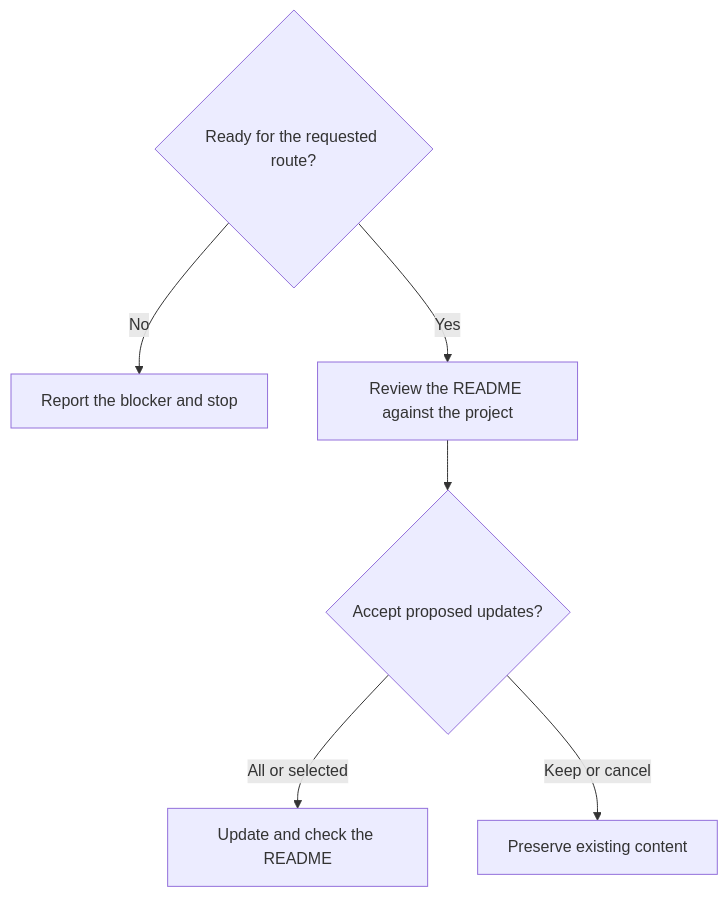
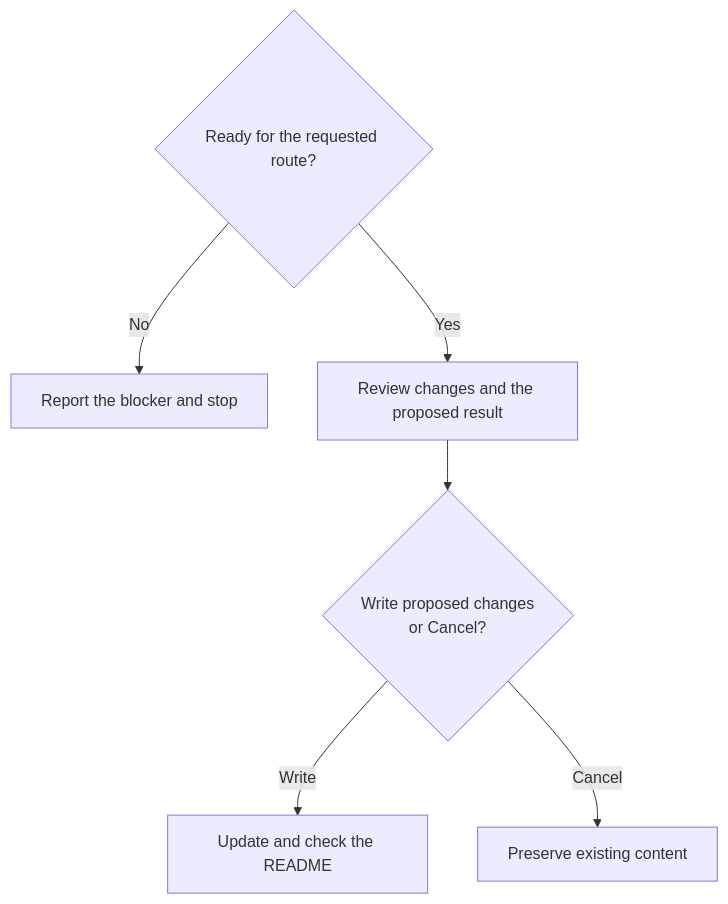
One commit to myowinthein/agent-helm changed the diagram in docs/commands/manifest.md. Above: the diagram before and after it, drawn with Mermaid. The commit also changed other lines of this file and 3 other files, not shown here.

````diff
--- a/docs/commands/manifest.md
+++ b/docs/commands/manifest.md
@@ -17,8 +17,8 @@
 ```mermaid
 flowchart TD
   Gate{"Ready for the requested route?"} -->|No| Stop["Report the blocker and stop"]
   Gate -->|Yes| Review
-  Review["Review the README against the project"] --> Choose{"Accept proposed updates?"}
-  Choose -->|All or selected| Update["Update and check the README"]
-  Choose -->|Keep or cancel| Keep["Preserve existing content"]
+  Review["Review changes and the proposed result"] --> Choose{"Write proposed changes<br/>or Cancel?"}
+  Choose -->|Write| Update["Update and check the README"]
+  Choose -->|Cancel| Keep["Preserve existing content"]
 ```
````
